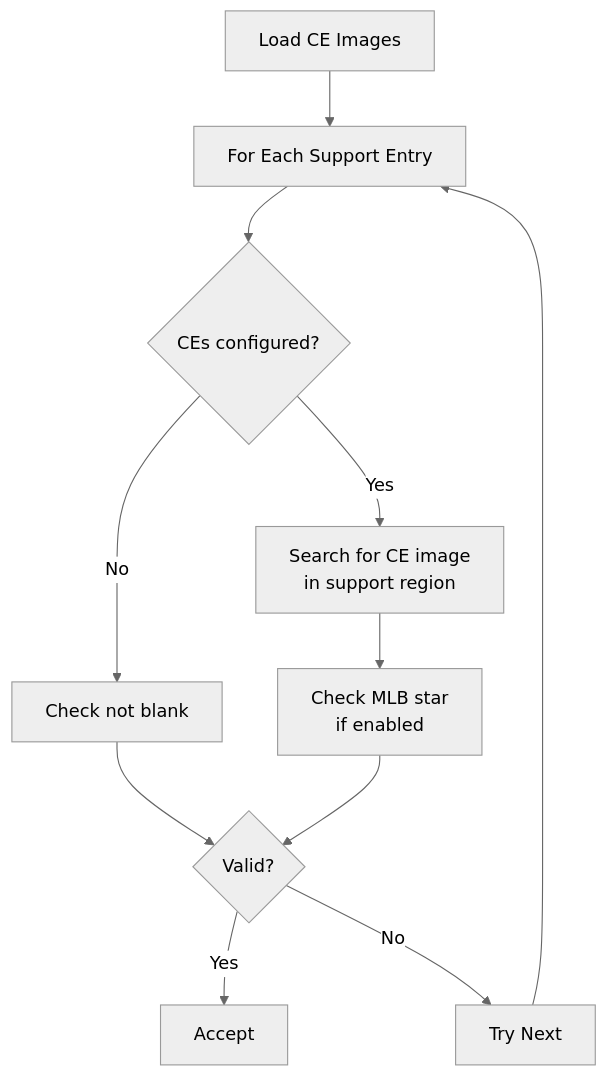
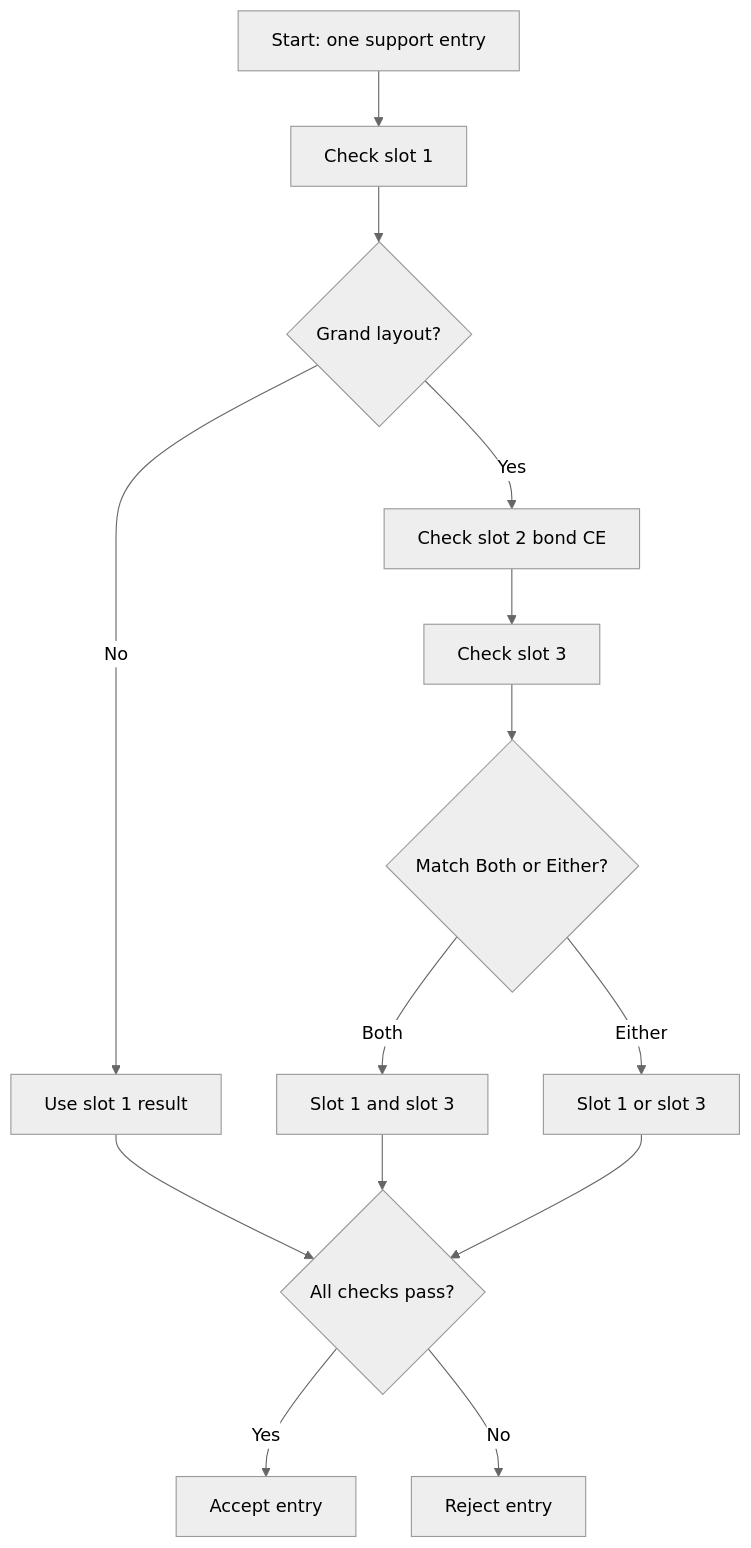
Before and after one commit to ArthurKun21/FGA-Preview-Build: the diagram in docs/support-screen/preferred-ce.md, drawn with Mermaid (neutral theme). The commit also changed other lines of this file and 23 other files, not shown here.

````diff
--- a/docs/support-screen/preferred-ce.md
+++ b/docs/support-screen/preferred-ce.md
@@ -115,13 +153,16 @@
 ```mermaid
 flowchart TD
-    A[Load CE Images] --> B[For Each Support Entry]
-    B --> C{CEs configured?}
-    C -->|No| D[Check not blank]
-    C -->|Yes| E[Search for CE image<br/>in support region]
-    D --> F{Valid?}
-    E --> G[Check MLB star<br/>if enabled]
-    G --> F
-    F -->|Yes| H[Accept]
-    F -->|No| I[Try Next]
-    I --> B
+    A[Start: one support entry] --> B[Check slot 1]
+    B --> C{Grand layout?}
+    C -->|No| D[Use slot 1 result]
+    C -->|Yes| E[Check slot 2 bond CE]
+    E --> F[Check slot 3]
+    F --> G{Match Both or Either?}
+    G -->|Both| H[Slot 1 and slot 3]
+    G -->|Either| I[Slot 1 or slot 3]
+    D --> J{All checks pass?}
+    H --> J
+    I --> J
+    J -->|Yes| K[Accept entry]
+    J -->|No| L[Reject entry]
 ```
````
